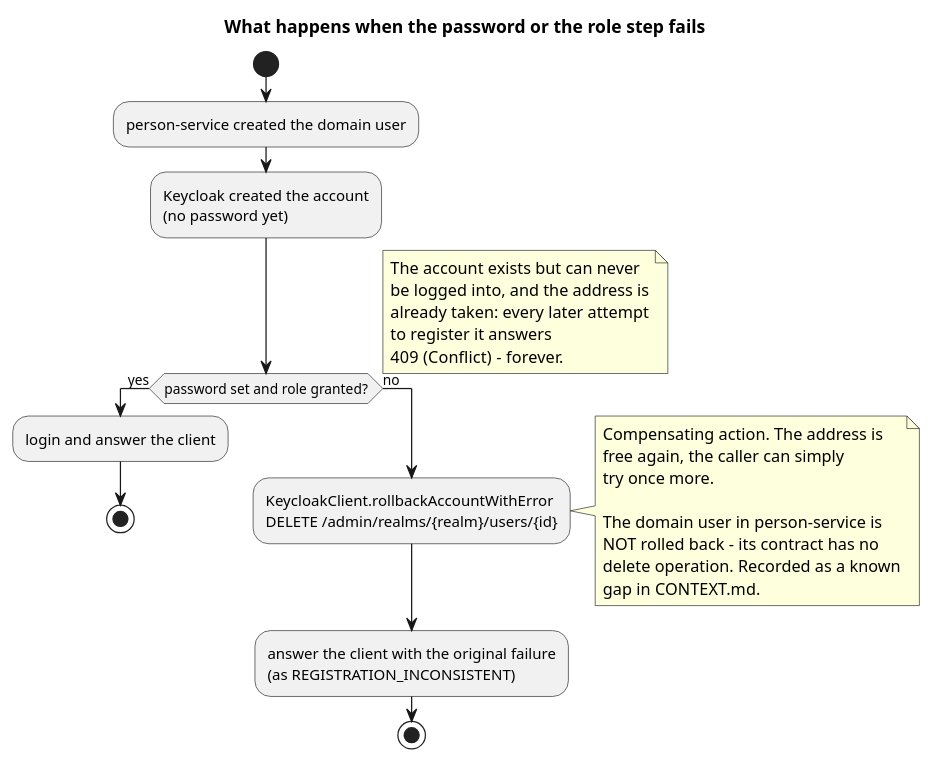
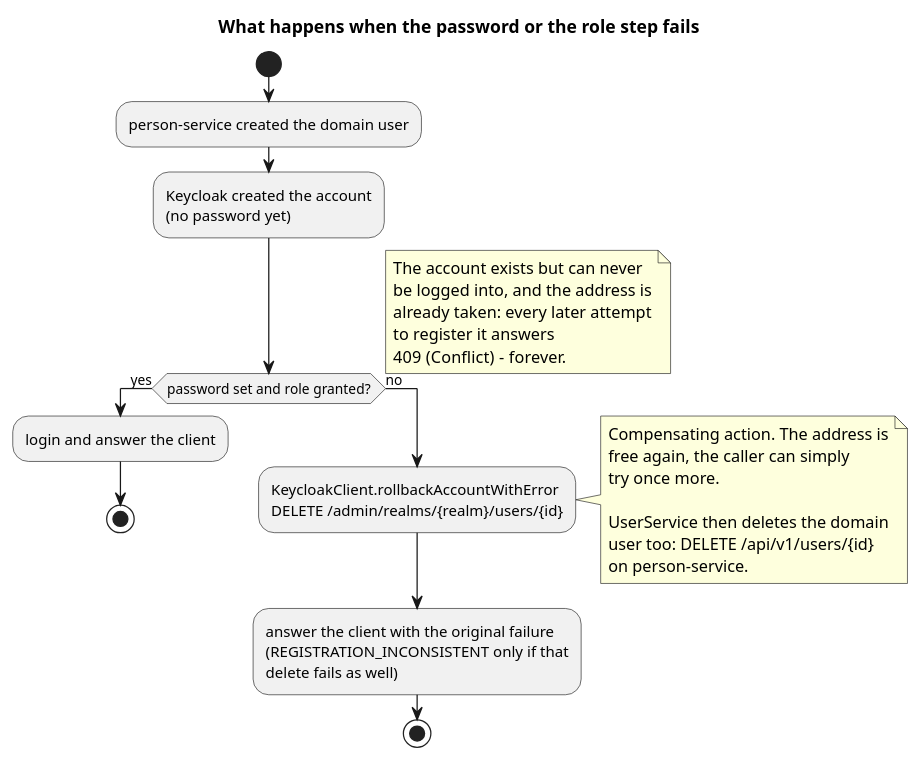
Before and after one commit to dezxxx/payment-platform: the second of 4 diagrams in docs/puml-diagrams/keycloak-client.puml, drawn with PlantUML. The commit also changed other lines of this file and 16 other files, not shown here.

Commit message:
docs: describe person-service, the client and compensation

```diff
--- a/docs/puml-diagrams/keycloak-client.puml
+++ b/docs/puml-diagrams/keycloak-client.puml
@@ -136,40 +136,40 @@
 @startuml keycloak-rollback
 title What happens when the password or the role step fails
 
 skinparam shadowing false
 
 start
 
 :person-service created the domain user;
 :Keycloak created the account
 (no password yet);
 
 if (password set and role granted?) then (yes)
   :login and answer the client;
   stop
 else (no)
   note right
     The account exists but can never
     be logged into, and the address is
     already taken: every later attempt
     to register it answers
     409 (Conflict) - forever.
   end note
   :KeycloakClient.rollbackAccountWithError
   DELETE /admin/realms/{realm}/users/{id};
   note right
     Compensating action. The address is
     free again, the caller can simply
     try once more.
 
-    The domain user in person-service is
-    NOT rolled back - its contract has no
-    delete operation. Recorded as a known
-    gap in CONTEXT.md.
+    UserService then deletes the domain
+    user too: DELETE /api/v1/users/{id}
+    on person-service.
   end note
   :answer the client with the original failure
-  (as REGISTRATION_INCONSISTENT);
+  (REGISTRATION_INCONSISTENT only if that
+  delete fails as well);
   stop
 endif
 
 @enduml
```
